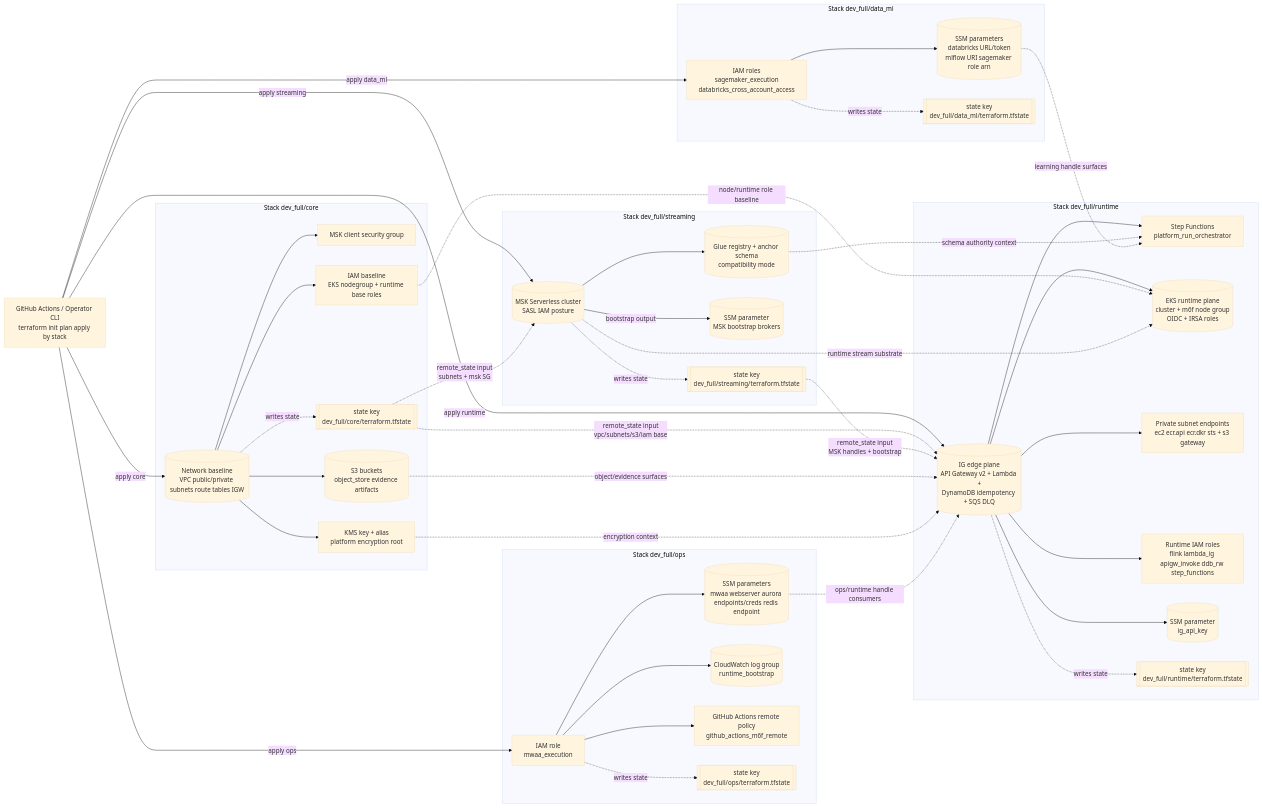
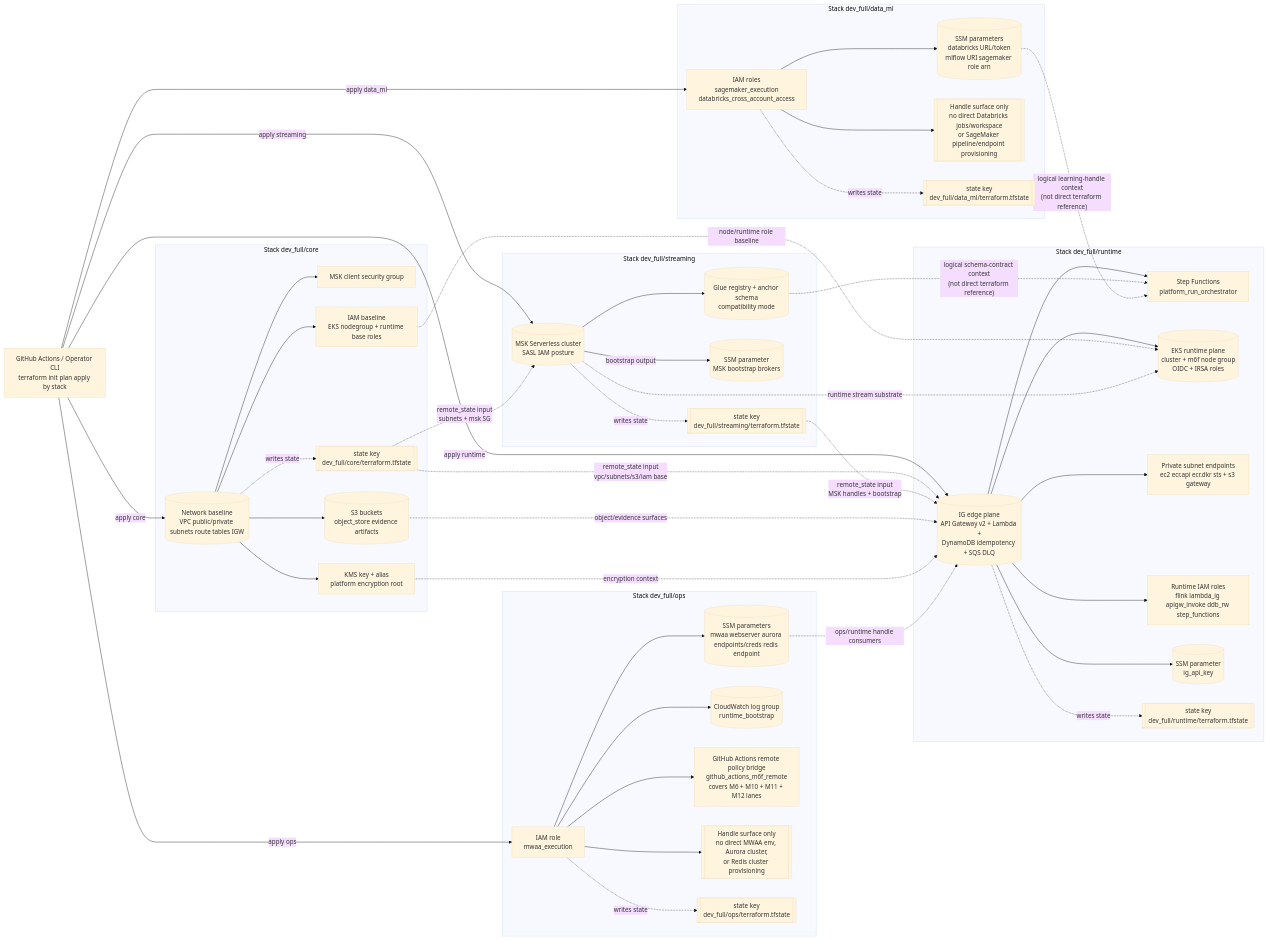
The diagram in docs/design/platform/dev_full/graph/dev_full_terraform_infrastructure_v0.mermaid.mmd (EsosaOrumwese/fraud-detection-system), drawn with Mermaid (base theme) before and after one commit. The commit also changed 1 other file, not shown here.

Commit message:
docs: align dev_full terraform infrastructure graphs to runtime truth

```diff
--- a/docs/design/platform/dev_full/graph/dev_full_terraform_infrastructure_v0.mermaid.mmd
+++ b/docs/design/platform/dev_full/graph/dev_full_terraform_infrastructure_v0.mermaid.mmd
@@ -1,88 +1,92 @@
-%% Dev Full Terraform Infrastructure (Stack Topology + Key Resources)
+%% Dev Full Terraform Infrastructure (Stack Topology + Key Resources + Handle Surfaces)
 flowchart LR
 
   GHA[GitHub Actions / Operator CLI<br/>terraform init plan apply by stack]
 
   subgraph CORE[Stack dev_full/core]
     CORE_NET[(Network baseline<br/>VPC public/private subnets route tables IGW)]
     CORE_SG[MSK client security group]
     CORE_KMS[KMS key + alias<br/>platform encryption root]
     CORE_S3[(S3 buckets<br/>object_store evidence artifacts)]
     CORE_IAM[IAM baseline<br/>EKS nodegroup + runtime base roles]
     CORE_STATE[[state key<br/>dev_full/core/terraform.tfstate]]
   end
 
   subgraph STREAMING[Stack dev_full/streaming]
     STREAM_MSK[(MSK Serverless cluster<br/>SASL IAM posture)]
     STREAM_GLUE[(Glue registry + anchor schema<br/>compatibility mode)]
     STREAM_SSM[(SSM parameter<br/>MSK bootstrap brokers)]
     STREAM_STATE[[state key<br/>dev_full/streaming/terraform.tfstate]]
   end
 
   subgraph RUNTIME[Stack dev_full/runtime]
     RT_EDGE[(IG edge plane<br/>API Gateway v2 + Lambda +<br/>DynamoDB idempotency + SQS DLQ)]
     RT_SFN[Step Functions<br/>platform_run_orchestrator]
     RT_EKS[(EKS runtime plane<br/>cluster + m6f node group<br/>OIDC + IRSA roles)]
     RT_EP[Private subnet endpoints<br/>ec2 ecr.api ecr.dkr sts + s3 gateway]
     RT_IAM[Runtime IAM roles<br/>flink lambda_ig apigw_invoke ddb_rw step_functions]
     RT_SSM[(SSM parameter<br/>ig_api_key)]
     RT_STATE[[state key<br/>dev_full/runtime/terraform.tfstate]]
   end
 
   subgraph DATAML[Stack dev_full/data_ml]
     DML_ROLES[IAM roles<br/>sagemaker_execution<br/>databricks_cross_account_access]
     DML_SSM[(SSM parameters<br/>databricks URL/token<br/>mlflow URI sagemaker role arn)]
+    DML_NOTE[[Handle surface only<br/>no direct Databricks jobs/workspace<br/>or SageMaker pipeline/endpoint provisioning]]
     DML_STATE[[state key<br/>dev_full/data_ml/terraform.tfstate]]
   end
 
   subgraph OPS[Stack dev_full/ops]
     OPS_ROLE[IAM role<br/>mwaa_execution]
     OPS_SSM[(SSM parameters<br/>mwaa webserver aurora endpoints/creds redis endpoint)]
     OPS_CW[(CloudWatch log group<br/>runtime_bootstrap)]
-    OPS_GHA[GitHub Actions remote policy<br/>github_actions_m6f_remote]
+    OPS_GHA[GitHub Actions remote policy bridge<br/>github_actions_m6f_remote<br/>covers M6 + M10 + M11 + M12 lanes]
+    OPS_NOTE[[Handle surface only<br/>no direct MWAA env, Aurora cluster,<br/>or Redis cluster provisioning]]
     OPS_STATE[[state key<br/>dev_full/ops/terraform.tfstate]]
   end
 
   GHA -->|apply core| CORE_NET
   GHA -->|apply streaming| STREAM_MSK
   GHA -->|apply runtime| RT_EDGE
   GHA -->|apply data_ml| DML_ROLES
   GHA -->|apply ops| OPS_ROLE
 
   CORE_NET --> CORE_SG
   CORE_NET --> CORE_KMS
   CORE_NET --> CORE_S3
   CORE_NET --> CORE_IAM
   CORE_NET -. writes state .-> CORE_STATE
 
   STREAM_MSK --> STREAM_GLUE
   STREAM_MSK -->|bootstrap output| STREAM_SSM
   STREAM_MSK -. writes state .-> STREAM_STATE
 
   RT_EDGE --> RT_SFN
   RT_EDGE --> RT_EKS
   RT_EDGE --> RT_EP
   RT_EDGE --> RT_IAM
   RT_EDGE --> RT_SSM
   RT_EDGE -. writes state .-> RT_STATE
 
   DML_ROLES --> DML_SSM
+  DML_ROLES --> DML_NOTE
   DML_ROLES -. writes state .-> DML_STATE
 
   OPS_ROLE --> OPS_SSM
   OPS_ROLE --> OPS_CW
   OPS_ROLE --> OPS_GHA
+  OPS_ROLE --> OPS_NOTE
   OPS_ROLE -. writes state .-> OPS_STATE
 
   CORE_STATE -. remote_state input<br/>subnets + msk SG .-> STREAM_MSK
   CORE_STATE -. remote_state input<br/>vpc/subnets/s3/iam base .-> RT_EDGE
   STREAM_STATE -. remote_state input<br/>MSK handles + bootstrap .-> RT_EDGE
 
   CORE_S3 -. object/evidence surfaces .-> RT_EDGE
   CORE_KMS -. encryption context .-> RT_EDGE
   CORE_IAM -. node/runtime role baseline .-> RT_EKS
   STREAM_MSK -. runtime stream substrate .-> RT_EKS
-  STREAM_GLUE -. schema authority context .-> RT_SFN
+  STREAM_GLUE -. logical schema-contract context<br/>(not direct terraform reference) .-> RT_SFN
 
   OPS_SSM -. ops/runtime handle consumers .-> RT_EDGE
-  DML_SSM -. learning handle surfaces .-> RT_SFN
+  DML_SSM -. logical learning-handle context<br/>(not direct terraform reference) .-> RT_SFN
```
